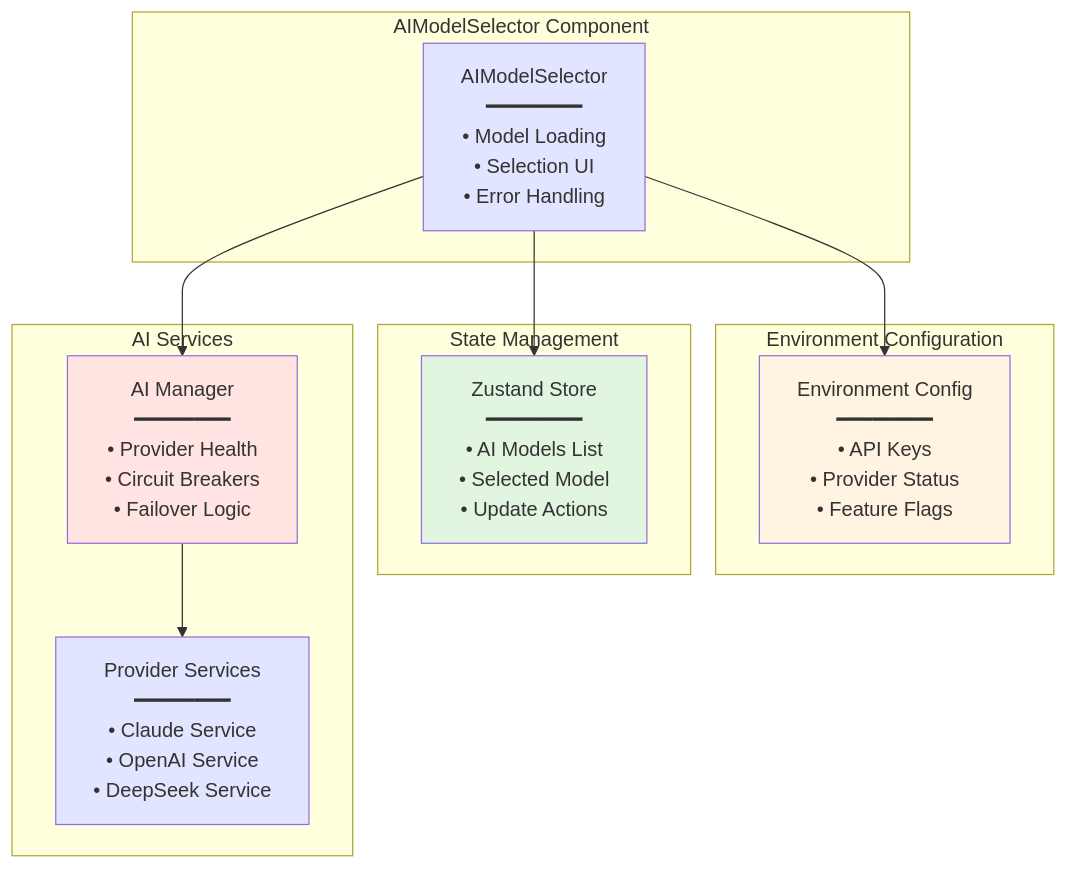
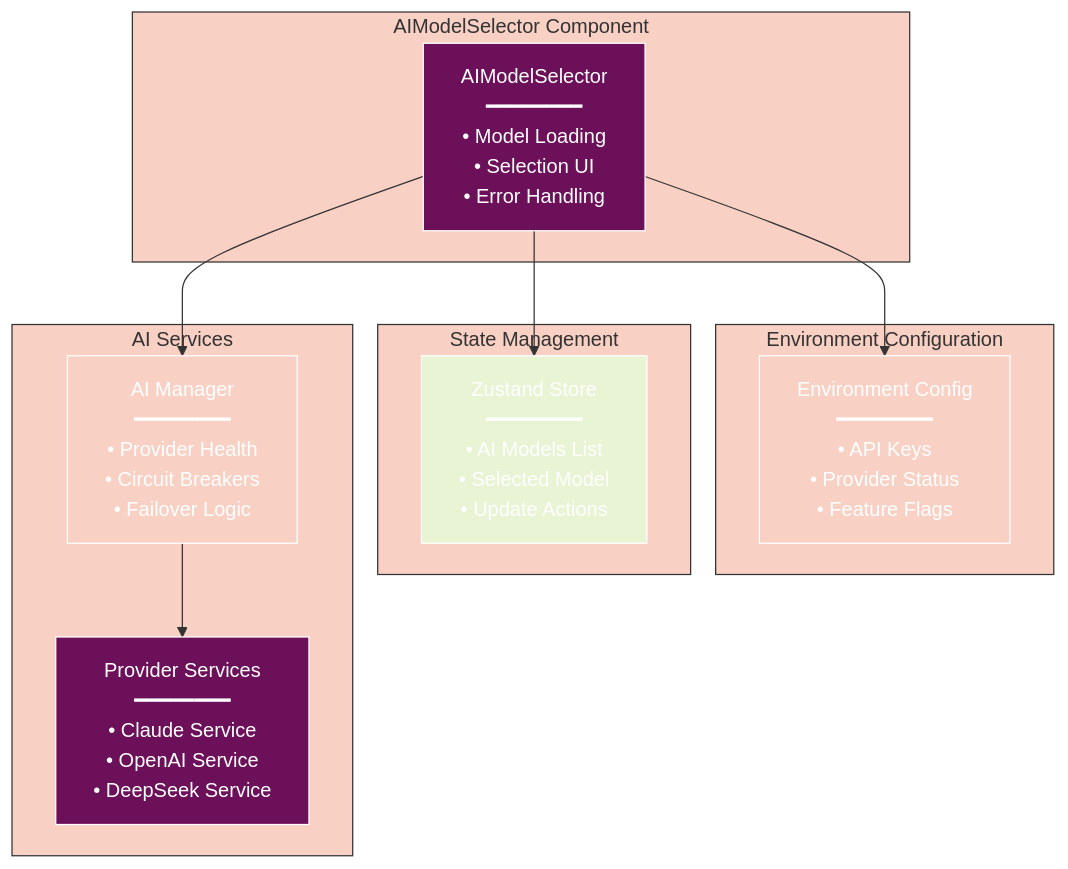
One commit to radicalkjax/Athena changed the first of 10 diagrams in docs/components/AI_MODEL_SELECTOR.md. Above: the diagram before and after it, drawn with Mermaid. The commit also changed other lines of this file and 27 other files, not shown here.

Commit message:
Introduction of expo package manager. Updated docs to reflect changes. Unified mermaid theme for docs.

````diff
--- a/docs/components/AI_MODEL_SELECTOR.md
+++ b/docs/components/AI_MODEL_SELECTOR.md
@@ -30,30 +30,51 @@
 ```mermaid
+%%{init: {
+  'theme': 'base',
+  'themeVariables': {
+    'primaryColor': '#6d105a',
+    'primaryTextColor': '#ffffff',
+    'primaryBorderColor': '#ffffff',
+    'lineColor': '#333333',
+    'secondaryColor': '#e8f4d4',
+    'secondaryTextColor': '#333333',
+    'secondaryBorderColor': '#333333',
+    'tertiaryColor': '#f9d0c4',
+    'tertiaryTextColor': '#333333',
+    'tertiaryBorderColor': '#333333',
+    'background': '#ffffff',
+    'mainBkg': '#6d105a',
+    'secondBkg': '#e8f4d4',
+    'tertiaryBkg': '#f9d0c4',
+    'textColor': '#333333',
+    'fontFamily': 'Arial, sans-serif'
+  }
+}}%%
 graph TD
     subgraph "AIModelSelector Component"
         A[AIModelSelector<br/>━━━━━━━━<br/>• Model Loading<br/>• Selection UI<br/>• Error Handling]
     end
     
     subgraph "Environment Configuration"
         B[Environment Config<br/>━━━━━━━━<br/>• API Keys<br/>• Provider Status<br/>• Feature Flags]
     end
     
     subgraph "State Management"
         C[Zustand Store<br/>━━━━━━━━<br/>• AI Models List<br/>• Selected Model<br/>• Update Actions]
     end
     
     subgraph "AI Services"
         D[AI Manager<br/>━━━━━━━━<br/>• Provider Health<br/>• Circuit Breakers<br/>• Failover Logic]
         E[Provider Services<br/>━━━━━━━━<br/>• Claude Service<br/>• OpenAI Service<br/>• DeepSeek Service]
     end
     
     A --> B
     A --> C
     A --> D
     D --> E
     
-    style A fill:#e1e5ff
-    style B fill:#fff4e1
-    style C fill:#e1f5e1
-    style D fill:#ffe4e1
-    style E fill:#e1e5ff
+    style A fill:#6d105a
+    style B fill:#f9d0c4
+    style C fill:#e8f4d4
+    style D fill:#f9d0c4
+    style E fill:#6d105a
 ```
````
